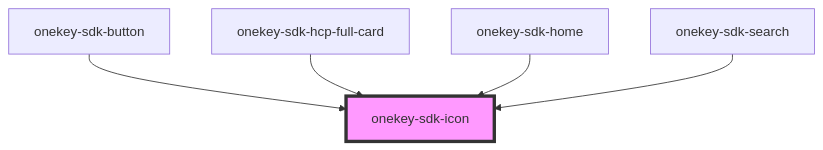
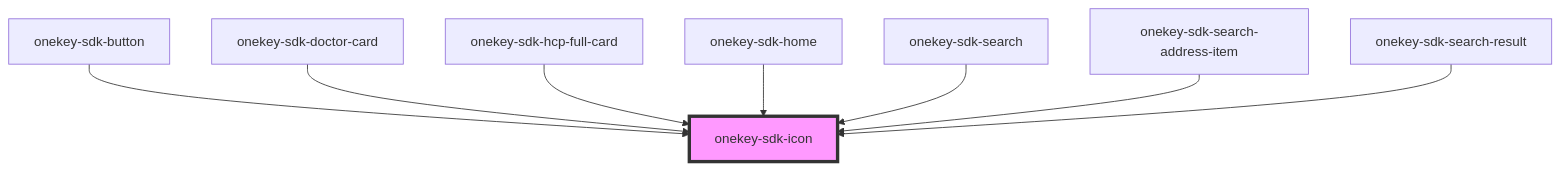
The diagram in packages/onekey-sdk-core-ui/docs/components/ui-kits/onekey-sdk-icon/readme.md (hcl-sdk/HealthCareLocatorWebSDK), drawn with Mermaid before and after one commit. The commit also changed other lines of this file and 42 other files, not shown here.

````diff
--- a/packages/onekey-sdk-core-ui/docs/components/ui-kits/onekey-sdk-icon/readme.md
+++ b/packages/onekey-sdk-core-ui/docs/components/ui-kits/onekey-sdk-icon/readme.md
@@ -29,8 +32,11 @@
 ```mermaid
 graph TD;
   onekey-sdk-button --> onekey-sdk-icon
+  onekey-sdk-doctor-card --> onekey-sdk-icon
   onekey-sdk-hcp-full-card --> onekey-sdk-icon
   onekey-sdk-home --> onekey-sdk-icon
   onekey-sdk-search --> onekey-sdk-icon
+  onekey-sdk-search-address-item --> onekey-sdk-icon
+  onekey-sdk-search-result --> onekey-sdk-icon
   style onekey-sdk-icon fill:#f9f,stroke:#333,stroke-width:4px
 ```
````
